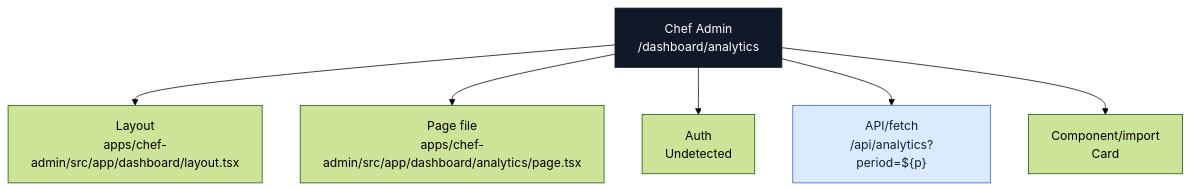
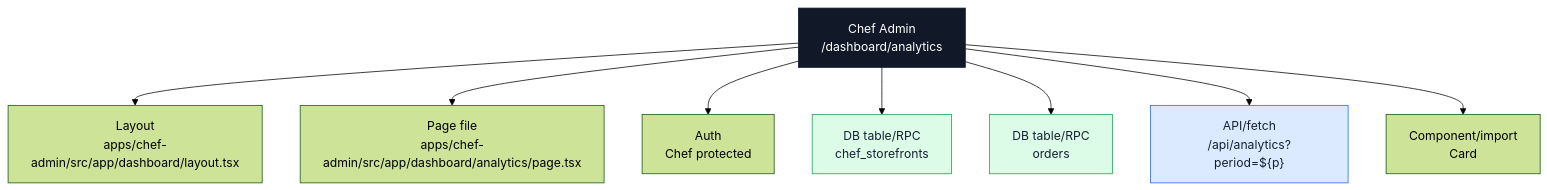
Before and after one commit to Ritenoob/ridendine-marketplace: the fourth of 17 diagrams in docs/architecture/codebase-map/pages/chef-admin-pages.md, drawn with Mermaid (forest theme). The commit also changed other lines of this file and 34 other files, not shown here.

````diff
--- a/docs/architecture/codebase-map/pages/chef-admin-pages.md
+++ b/docs/architecture/codebase-map/pages/chef-admin-pages.md
@@ -241,20 +241,25 @@
 ```mermaid
 flowchart TB
   Page["Chef Admin<br/>/dashboard/analytics"]
   Layout["Layout<br/>apps/chef-admin/src/app/dashboard/layout.tsx"]
   File["Page file<br/>apps/chef-admin/src/app/dashboard/analytics/page.tsx"]
-  Auth["Auth<br/>Undetected"]
+  Auth["Auth<br/>Chef protected"]
   Page --> Layout
   Page --> File
   Page --> Auth
+  Table0["DB table/RPC<br/>chef_storefronts"]
+  Page --> Table0
+  Table1["DB table/RPC<br/>orders"]
+  Page --> Table1
   Api0["API/fetch<br/>/api/analytics?period=${p}"]
   Page --> Api0
   Component0["Component/import<br/>Card"]
   Page --> Component0
   classDef page fill:#111827,stroke:#111827,color:#ffffff
   classDef data fill:#dcfce7,stroke:#16a34a,color:#172033
   classDef api fill:#dbeafe,stroke:#2563eb,color:#172033
   classDef warn fill:#fef3c7,stroke:#f59e0b,color:#172033
   class Page page
+  class Table0,Table1 data
   class Api0 api
 ```
````
